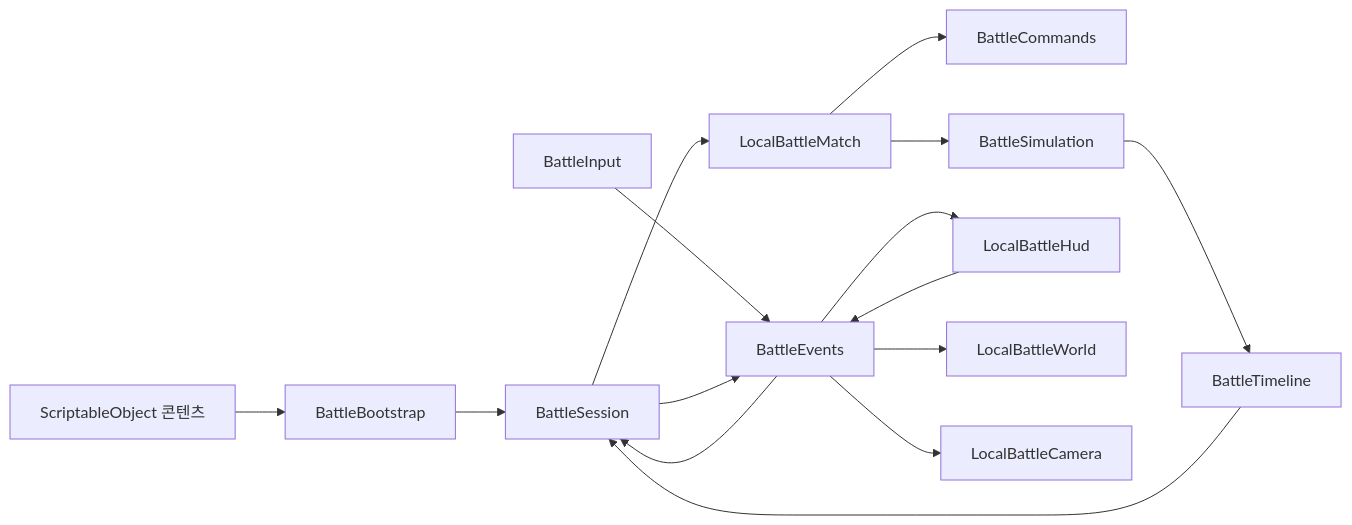
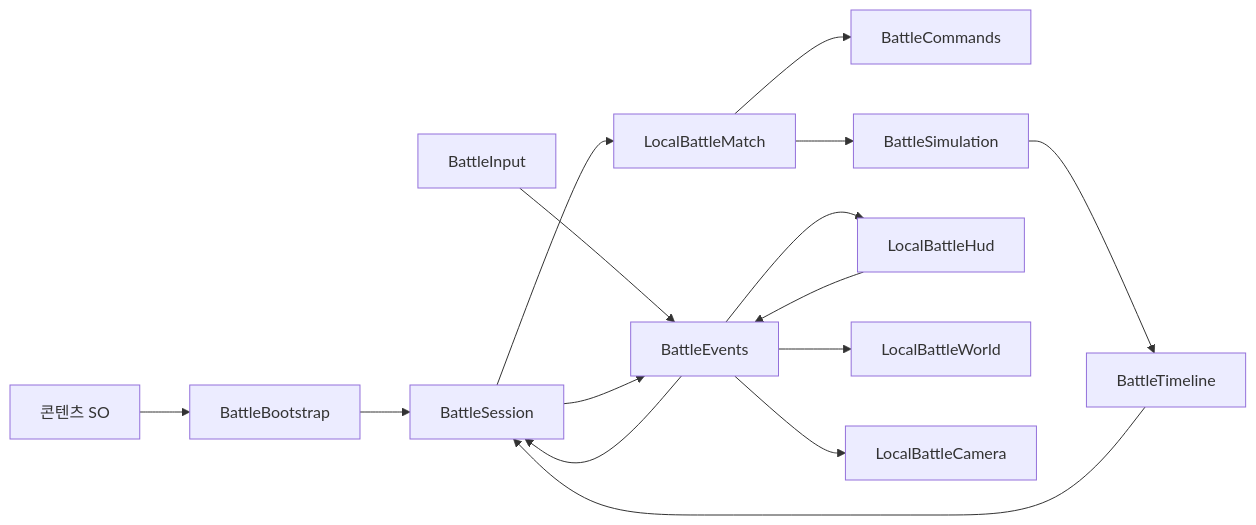
One commit to heejun2822/TurnZero changed the diagram in Project/GameArchitecture.md. Above: the diagram before and after it, drawn with Mermaid. The commit also changed other lines of this file and 13 other files, not shown here.

````diff
--- a/Project/GameArchitecture.md
+++ b/Project/GameArchitecture.md
@@ -24,17 +34,17 @@
 ```mermaid
 flowchart LR
-  Config[ScriptableObject 콘텐츠] --> Bootstrap[BattleBootstrap]
+  Data[콘텐츠 SO] --> Bootstrap[BattleBootstrap]
   Bootstrap --> Session[BattleSession]
   Session --> Match[LocalBattleMatch]
   Match --> Commands[BattleCommands]
   Match --> Simulation[BattleSimulation]
   Simulation --> Timeline[BattleTimeline]
   Timeline --> Session
-  Input[BattleInput] --> Bus[BattleEvents]
-  HUD[LocalBattleHud] --> Bus
-  Bus --> Session
-  Session --> Bus
-  Bus --> HUD
-  Bus --> World[LocalBattleWorld]
-  Bus --> Camera[LocalBattleCamera]
+  Input[BattleInput] --> Events[BattleEvents]
+  HUD[LocalBattleHud] --> Events
+  Events --> Session
+  Session --> Events
+  Events --> HUD
+  Events --> World[LocalBattleWorld]
+  Events --> Camera[LocalBattleCamera]
 ```
````
